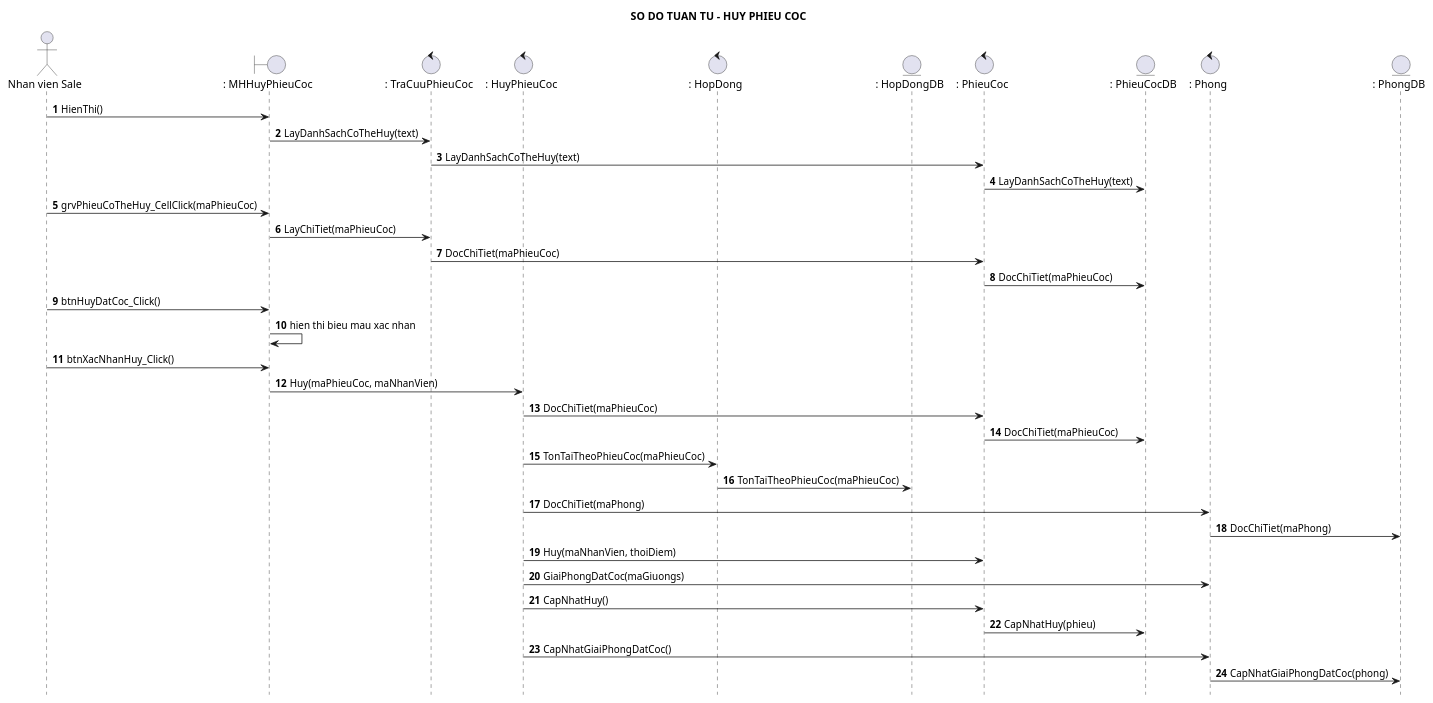
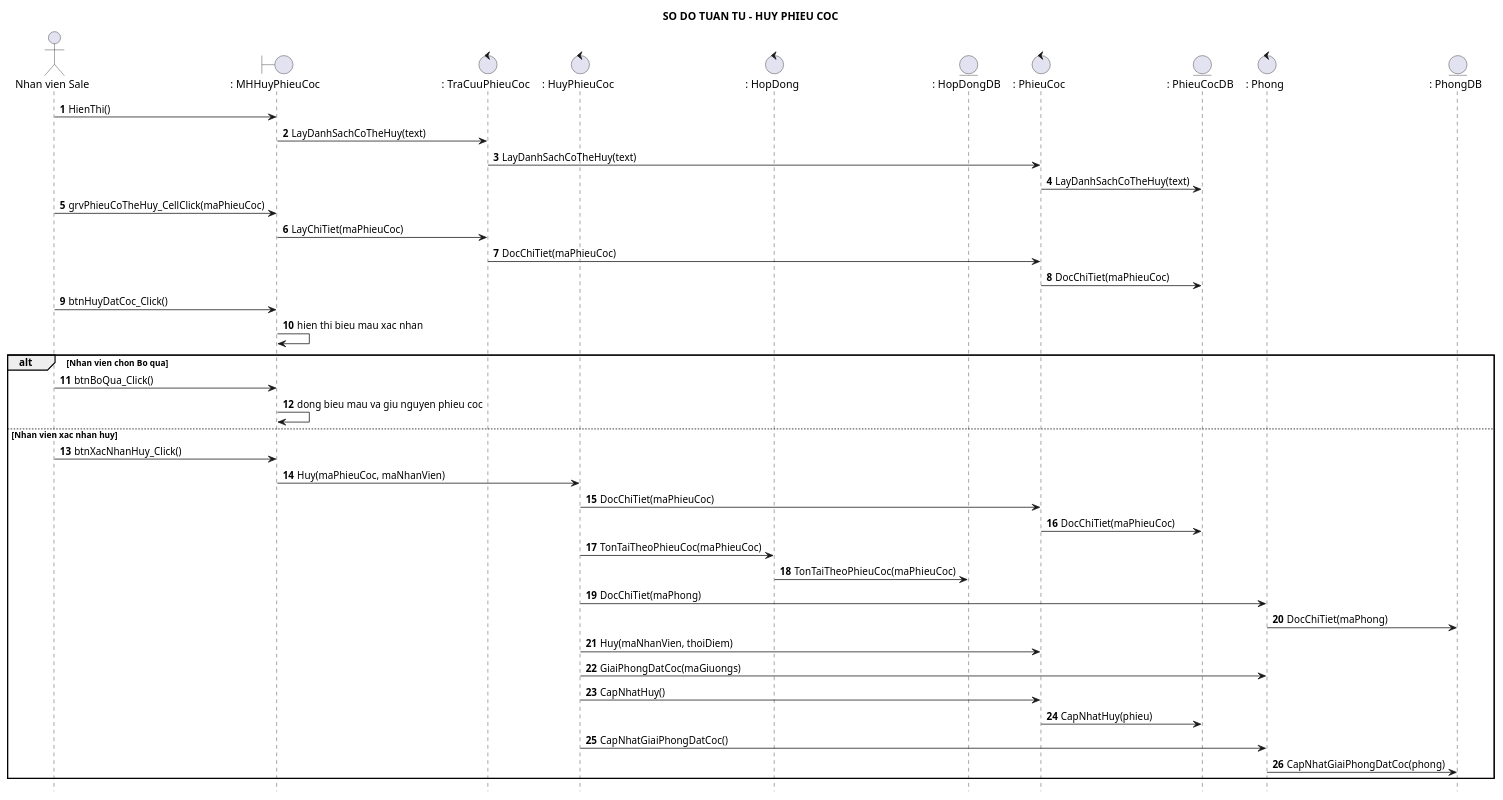
One commit to Ming1309/HomeStay-Dorm changed the diagram in docs/uml/huy-phieu-coc-sequence.puml. Above: the diagram before and after it, drawn with PlantUML. The commit also changed 3 other files, not shown here.

Commit message:
docs(uml): update deposit cancellation and lookup sequence/class diagrams

```diff
--- a/docs/uml/huy-phieu-coc-sequence.puml
+++ b/docs/uml/huy-phieu-coc-sequence.puml
@@ -1,40 +1,45 @@
 @startuml
 title SO DO TUAN TU - HUY PHIEU COC
 hide footbox
 autonumber 1 1
 skinparam shadowing false
 actor "Nhan vien Sale" as NV
 boundary ": MHHuyPhieuCoc" as MH
 control ": TraCuuPhieuCoc" as TC
 control ": HuyPhieuCoc" as HC
 control ": HopDong" as HD
 entity ": HopDongDB" as HDDB
 control ": PhieuCoc" as PC
 entity ": PhieuCocDB" as PCDB
 control ": Phong" as P
 entity ": PhongDB" as PDB
 NV -> MH : HienThi()
 MH -> TC : LayDanhSachCoTheHuy(text)
 TC -> PC : LayDanhSachCoTheHuy(text)
 PC -> PCDB : LayDanhSachCoTheHuy(text)
 NV -> MH : grvPhieuCoTheHuy_CellClick(maPhieuCoc)
 MH -> TC : LayChiTiet(maPhieuCoc)
 TC -> PC : DocChiTiet(maPhieuCoc)
 PC -> PCDB : DocChiTiet(maPhieuCoc)
 NV -> MH : btnHuyDatCoc_Click()
 MH -> MH : hien thi bieu mau xac nhan
-NV -> MH : btnXacNhanHuy_Click()
-MH -> HC : Huy(maPhieuCoc, maNhanVien)
-HC -> PC : DocChiTiet(maPhieuCoc)
-PC -> PCDB : DocChiTiet(maPhieuCoc)
-HC -> HD : TonTaiTheoPhieuCoc(maPhieuCoc)
-HD -> HDDB : TonTaiTheoPhieuCoc(maPhieuCoc)
-HC -> P : DocChiTiet(maPhong)
-P -> PDB : DocChiTiet(maPhong)
-HC -> PC : Huy(maNhanVien, thoiDiem)
-HC -> P : GiaiPhongDatCoc(maGiuongs)
-HC -> PC : CapNhatHuy()
-PC -> PCDB : CapNhatHuy(phieu)
-HC -> P : CapNhatGiaiPhongDatCoc()
-P -> PDB : CapNhatGiaiPhongDatCoc(phong)
+alt Nhan vien chon Bo qua
+  NV -> MH : btnBoQua_Click()
+  MH -> MH : dong bieu mau va giu nguyen phieu coc
+else Nhan vien xac nhan huy
+  NV -> MH : btnXacNhanHuy_Click()
+  MH -> HC : Huy(maPhieuCoc, maNhanVien)
+  HC -> PC : DocChiTiet(maPhieuCoc)
+  PC -> PCDB : DocChiTiet(maPhieuCoc)
+  HC -> HD : TonTaiTheoPhieuCoc(maPhieuCoc)
+  HD -> HDDB : TonTaiTheoPhieuCoc(maPhieuCoc)
+  HC -> P : DocChiTiet(maPhong)
+  P -> PDB : DocChiTiet(maPhong)
+  HC -> PC : Huy(maNhanVien, thoiDiem)
+  HC -> P : GiaiPhongDatCoc(maGiuongs)
+  HC -> PC : CapNhatHuy()
+  PC -> PCDB : CapNhatHuy(phieu)
+  HC -> P : CapNhatGiaiPhongDatCoc()
+  P -> PDB : CapNhatGiaiPhongDatCoc(phong)
+end
 @enduml
```
